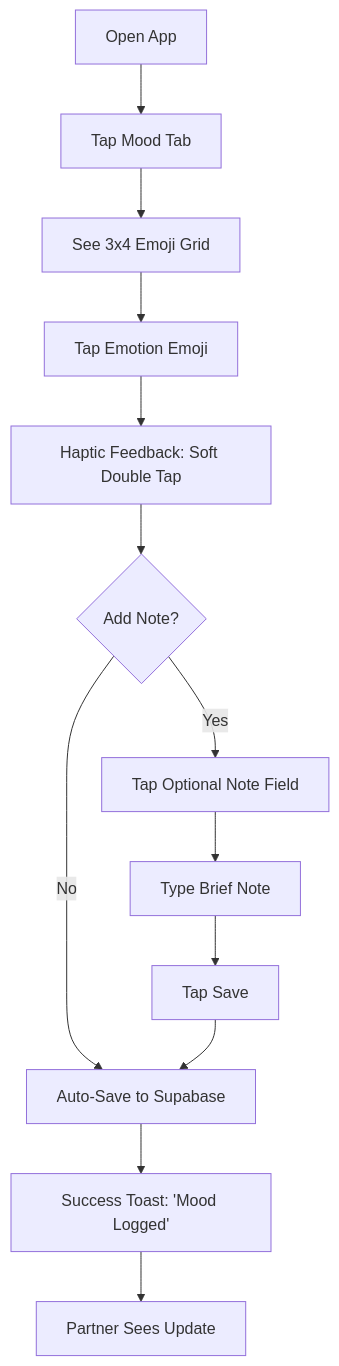
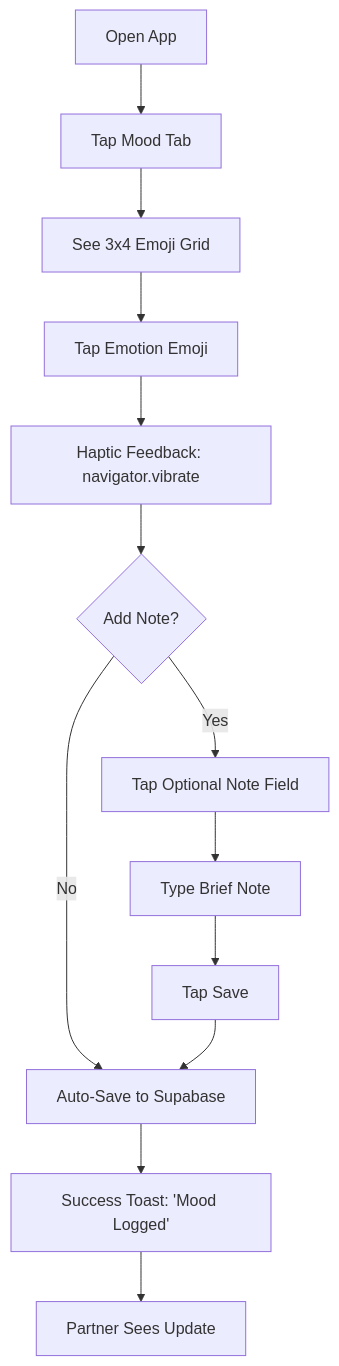
Before and after one commit to Sallvainian/My-Love: the second of 6 diagrams in docs/09-UX-Spec/ux-design-specification.md, drawn with Mermaid. The commit also changed other lines of this file and 83 other files, not shown here.

````diff
--- a/docs/09-UX-Spec/ux-design-specification.md
+++ b/docs/09-UX-Spec/ux-design-specification.md
@@ -287,15 +292,15 @@
 ```mermaid
 graph TD
     A[Open App] --> B[Tap Mood Tab]
     B --> C[See 3x4 Emoji Grid]
     C --> D[Tap Emotion Emoji]
-    D --> E[Haptic Feedback: Soft Double Tap]
+    D --> E[Haptic Feedback: navigator.vibrate]
     E --> F{Add Note?}
     F -->|No| G[Auto-Save to Supabase]
     F -->|Yes| H[Tap Optional Note Field]
     H --> I[Type Brief Note]
     I --> J[Tap Save]
     J --> G
     G --> K[Success Toast: 'Mood Logged']
     K --> L[Partner Sees Update]
 ```
````
